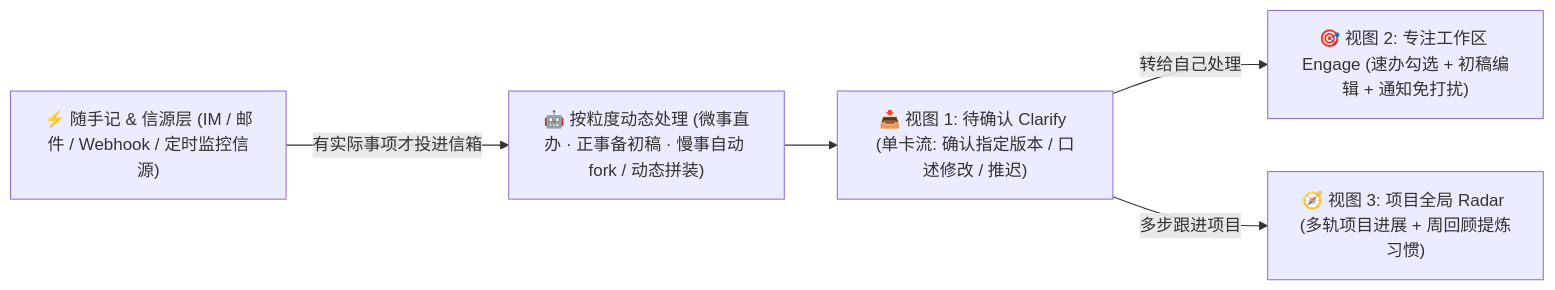
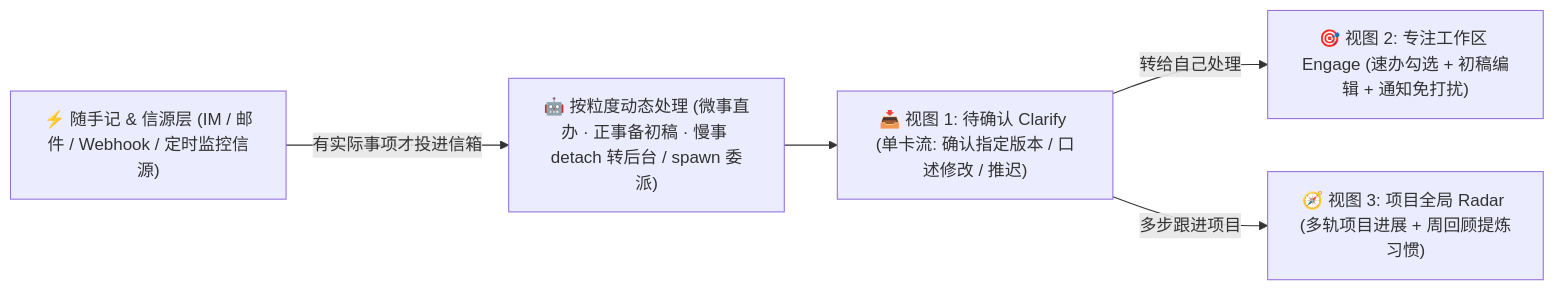
Before and after one commit to project-aoi/ng-agents: the diagram in docs/03-gtd-agent-product-vision.md, drawn with Mermaid. The commit also changed other lines of this file and 3 other files, not shown here.

````diff
--- a/docs/03-gtd-agent-product-vision.md
+++ b/docs/03-gtd-agent-product-vision.md
@@ -69,8 +69,8 @@
 ```mermaid
 flowchart LR
-    Src["⚡ 随手记 & 信源层 (IM / 邮件 / Webhook / 定时监控信源)"] -->|"有实际事项才投进信箱"| Bg["🤖 按粒度动态处理 (微事直办 · 正事备初稿 · 慢事自动 fork / 动态拼装)"]
+    Src["⚡ 随手记 & 信源层 (IM / 邮件 / Webhook / 定时监控信源)"] -->|"有实际事项才投进信箱"| Bg["🤖 按粒度动态处理 (微事直办 · 正事备初稿 · 慢事 detach 转后台 / spawn 委派)"]
 
     Bg --> M1["📥 视图 1: 待确认 Clarify (单卡流: 确认指定版本 / 口述修改 / 推迟)"]
     M1 -->|"转给自己处理"| M2["🎯 视图 2: 专注工作区 Engage (速办勾选 + 初稿编辑 + 通知免打扰)"]
     M1 -->|"多步跟进项目"| M3["🧭 视图 3: 项目全局 Radar (多轨项目进展 + 周回顾提炼习惯)"]
 ```
````
